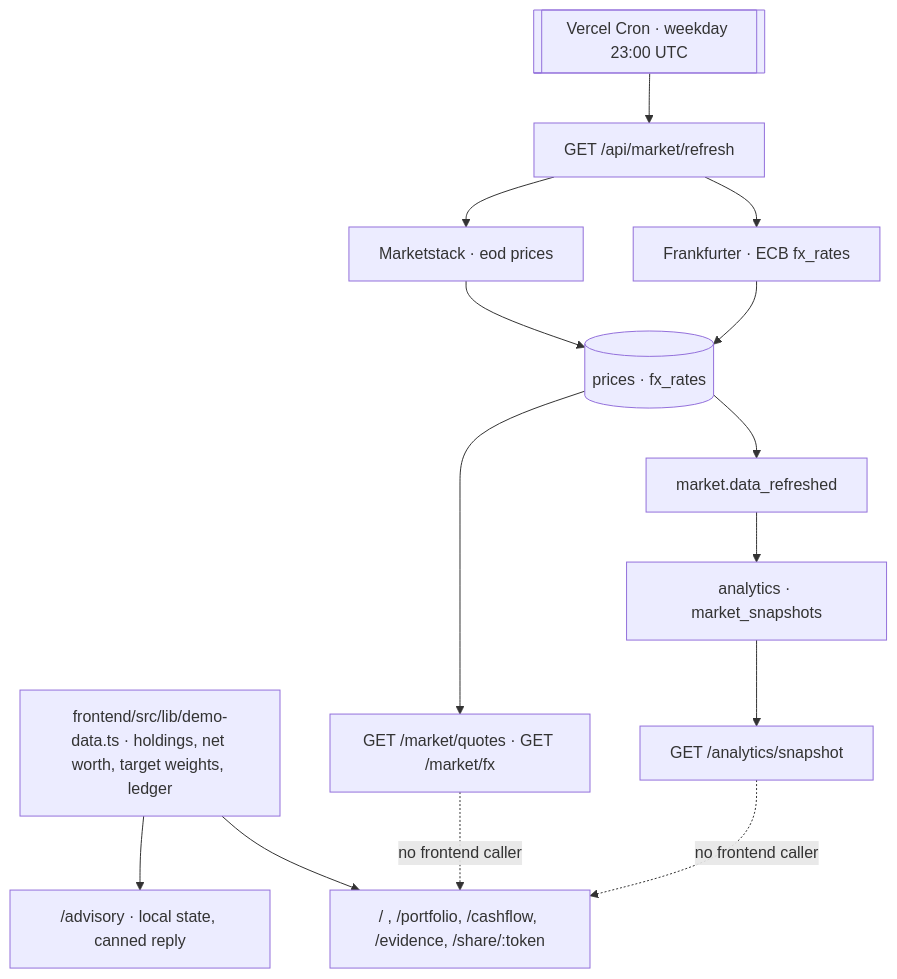
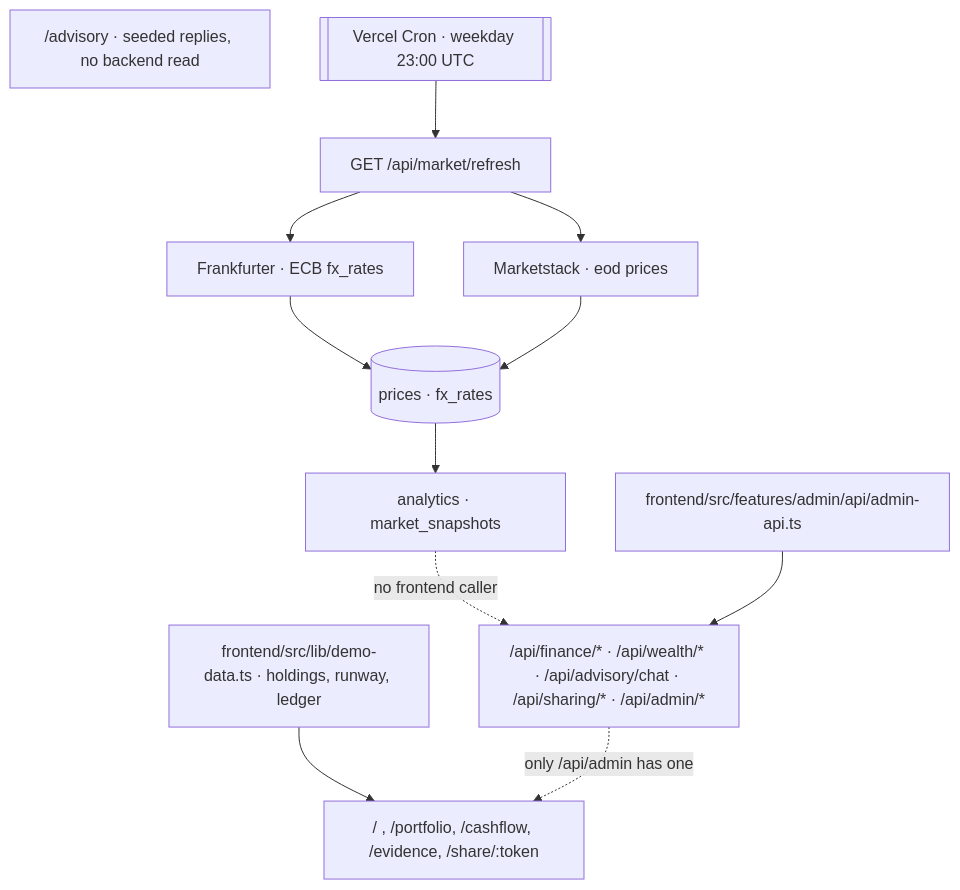
One commit to Nikhil-Mundhra/Wealth-Advisor changed the second of 2 diagrams in docs/domain/advisory-pipeline.md. Above: the diagram before and after it, drawn with Mermaid. The commit also changed other lines of this file and 2 other files, not shown here.

First line of the commit message:
docs: re-verify the advisory domain against 19f4b73

````diff
--- a/docs/domain/advisory-pipeline.md
+++ b/docs/domain/advisory-pipeline.md
@@ -93,17 +91,17 @@
 ```mermaid
 flowchart TB
-  fixtures["frontend/src/lib/demo-data.ts · holdings, net worth, target weights, ledger"]
+  fixtures["frontend/src/lib/demo-data.ts · holdings, runway, ledger"]
   fixtures --> pages["/ , /portfolio, /cashflow, /evidence, /share/:token"]
-  fixtures --> advisory["/advisory · local state, canned reply"]
+  canned["/advisory · seeded replies, no backend read"]
+  admin["frontend/src/features/admin/api/admin-api.ts"]
   cron[["Vercel Cron · weekday 23:00 UTC"]] --> refresh["GET /api/market/refresh"]
   refresh --> frankfurter[Frankfurter · ECB fx_rates]
   refresh --> marketstack[Marketstack · eod prices]
   frankfurter --> stores[(prices · fx_rates)]
   marketstack --> stores
-  stores --> event[market.data_refreshed]
-  event --> snapshot[analytics · market_snapshots]
-  stores --> read["GET /market/quotes · GET /market/fx"]
-  snapshot --> snapread["GET /analytics/snapshot"]
-  read -. no frontend caller .-> pages
-  snapread -. no frontend caller .-> pages
+  stores --> snapshot[analytics · market_snapshots]
+  routes["/api/finance/* · /api/wealth/* · /api/advisory/chat · /api/sharing/* · /api/admin/*"]
+  snapshot -. no frontend caller .-> routes
+  routes -. only /api/admin has one .-> pages
+  admin --> routes
 ```
````
